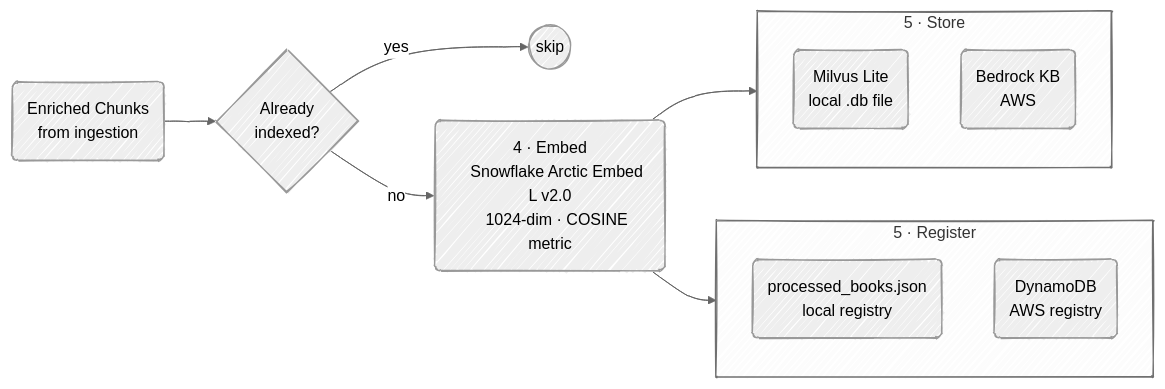
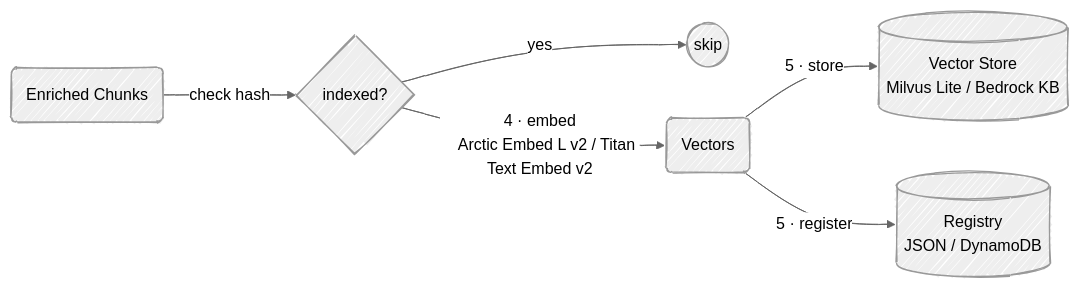
Before and after one commit to ryq99/search-anything: the second of 3 diagrams in README.md, drawn with Mermaid (neutral theme). The commit also changed other lines of this file and 4 other files, not shown here.

````diff
--- a/README.md
+++ b/README.md
@@ -82,36 +53,19 @@
 ```mermaid
 %%{init: {'look': 'handDrawn'}}%%
 flowchart LR
-    A("Enriched Chunks
-    from ingestion")
+    A("Enriched Chunks")
+    B{"indexed?"}
+    SKIP(("skip"))
+    V("Vectors")
+    VS[("Vector Store
+    Milvus Lite / Bedrock KB")]
+    REG[("Registry
+    JSON / DynamoDB")]
 
-    B{"Already
-    indexed?"}
-
-    SKIP(("skip"))
-
-    C("4 · Embed
-    Snowflake Arctic Embed L v2.0
-    1024-dim · COSINE metric")
-
-    subgraph STORE["5 · Store"]
-        direction TB
-        S1("Milvus Lite
-        local .db file")
-        S2("Bedrock KB
-        AWS")
-    end
-
-    subgraph REG["5 · Register"]
-        direction TB
-        R1("processed_books.json
-        local registry")
-        R2("DynamoDB
-        AWS registry")
-    end
-
-    A --> B
+    A -- "check hash" --> B
     B -- "yes" --> SKIP
-    B -- "no" --> C --> STORE
-    C --> REG
+    B -- "4 · embed
+    Arctic Embed L v2 / Titan Text Embed v2" --> V
+    V -- "5 · store" --> VS
+    V -- "5 · register" --> REG
 ```
````
